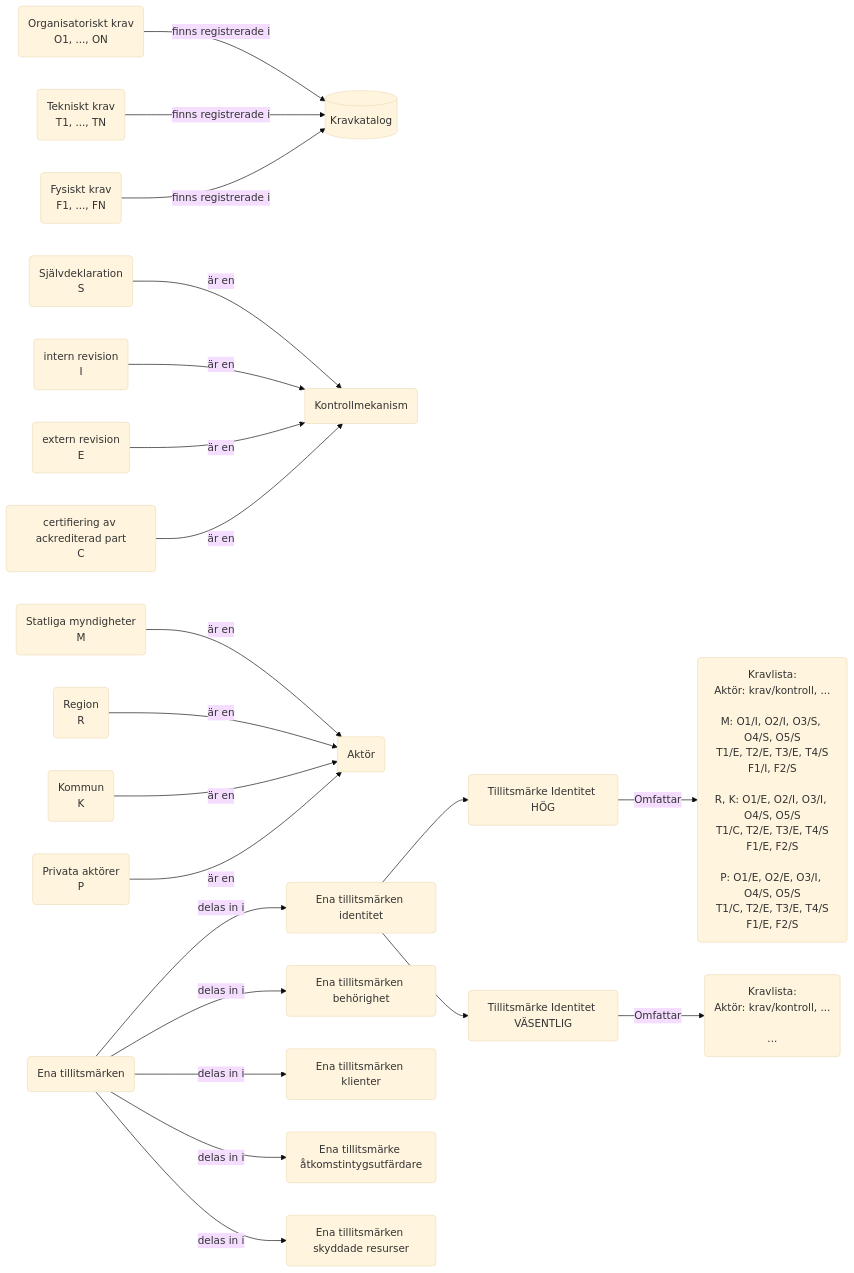
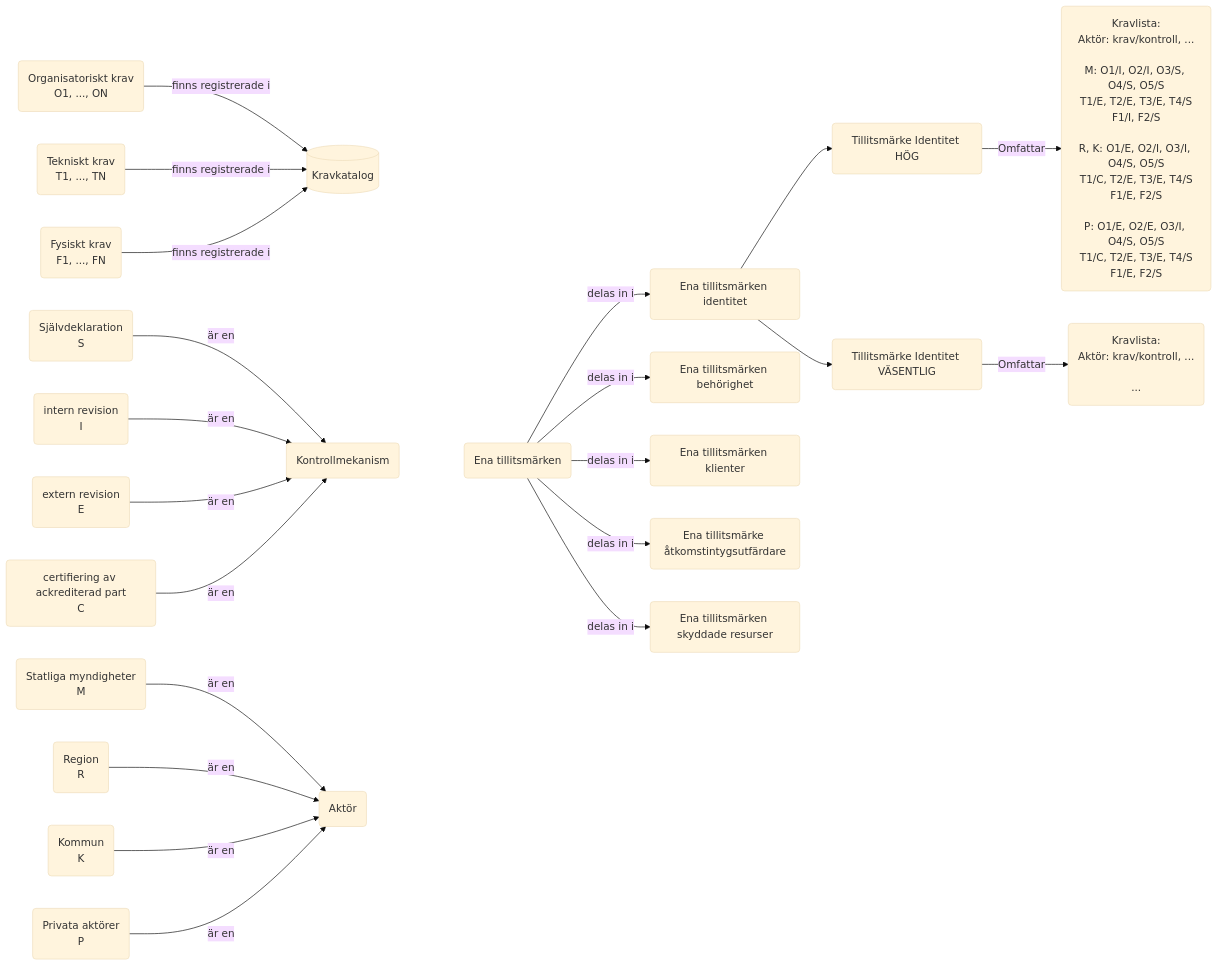
The diagram in tillitsmodell/arkitekturell_modell.md (diggsweden/ena-authorization), drawn with Mermaid (base theme) before and after one commit. The commit also changed other lines of this file, not shown here.

Commit message:
Förslag på grundmodell för tillitsmärken skapad

````diff
--- a/tillitsmodell/arkitekturell_modell.md
+++ b/tillitsmodell/arkitekturell_modell.md
@@ -8,32 +9,46 @@
 ```mermaid
 graph LR
 
 %% ---- KRAV ---- %%
 ok(Organisatoriskt krav<br>O1, ..., ON)
 tk(Tekniskt krav<br>T1, ..., TN)
 fk(Fysiskt krav<br>F1, ..., FN)
 kk[(Kravkatalog)]
 ok & tk & fk --finns registrerade i -->kk
 
 %% ---- EFTERLEVNADSKONTROLL ---- %%
 elk(Kontrollmekanism)
 sr(Självdeklaration<br>S)
 ir(intern revision<br>I)
 er(extern revision<br>E)
 ar(certifiering av ackrediterad part<br>C)
 sr & ir & er & ar --är en -->elk
 
 %% ---- AKTÖRER ---- %%
 a(Aktör)
 m(Statliga myndigheter<br>M)
 r(Region<br>R)
 k(Kommun<br>K)
 p(Privata aktörer<br>P)
 m & r & k & p --är en-->a
 
 %% ---- TILLITSMÄRKEN ---- %%
-et(Ena tillitsmärken)--delas in i-->etid(Ena tillitsmärken identitet) & etb(Ena tillitsmärken behörighet) & etc(Ena tillitsmärken klienter) & etas(Ena tillitsmärke åtkomstintygsutfärdare) & etsr(Ena tillitsmärken skyddade resurser)
-tid-hög(Tillitsmärke Identitet HÖG) --Omfattar-->kid-hög(Kravlista:<br>Aktör: krav/kontroll, ...<br><br>M: O1/I, O2/I, O3/S, O4/S, O5/S<br>T1/E, T2/E, T3/E, T4/S<br>F1/I, F2/S<br><br>R, K: O1/E, O2/I, O3/I, O4/S, O5/S<br>T1/C, T2/E, T3/E, T4/S<br>F1/E, F2/S<br><br>P: O1/E, O2/E, O3/I, O4/S, O5/S<br>T1/C, T2/E, T3/E, T4/S<br>F1/E, F2/S<br>)
-tid-väs(Tillitsmärke Identitet VÄSENTLIG) --Omfattar-->kid-väs(Kravlista:<br>Aktör: krav/kontroll, ...<br><br>...)
+et(Ena tillitsmärken)
+etid(Ena tillitsmärken identitet)
+etb(Ena tillitsmärken behörighet)
+etc(Ena tillitsmärken klienter)
+etas(Ena tillitsmärke åtkomstintygsutfärdare)
+etsr(Ena tillitsmärken skyddade resurser)
+
+tid-hög(Tillitsmärke Identitet HÖG)
+tid-väs(Tillitsmärke Identitet VÄSENTLIG)
+
 etid-->tid-hög & tid-väs
+
+et--delas in i-->etid & etb & etc & etas & etsr
+
+tid-hög --Omfattar-->kid-hög(Kravlista:<br>Aktör: krav/kontroll, ...<br><br>M: O1/I, O2/I, O3/S, O4/S, O5/S<br>T1/E, T2/E, T3/E, T4/S<br>F1/I, F2/S<br><br>R, K: O1/E, O2/I, O3/I, O4/S, O5/S<br>T1/C, T2/E, T3/E, T4/S<br>F1/E, F2/S<br><br>P: O1/E, O2/E, O3/I, O4/S, O5/S<br>T1/C, T2/E, T3/E, T4/S<br>F1/E, F2/S<br>)
+
+tid-väs --Omfattar-->kid-väs(Kravlista:<br>Aktör: krav/kontroll, ...<br><br>...)
+elk~~~~et
 ```
````
